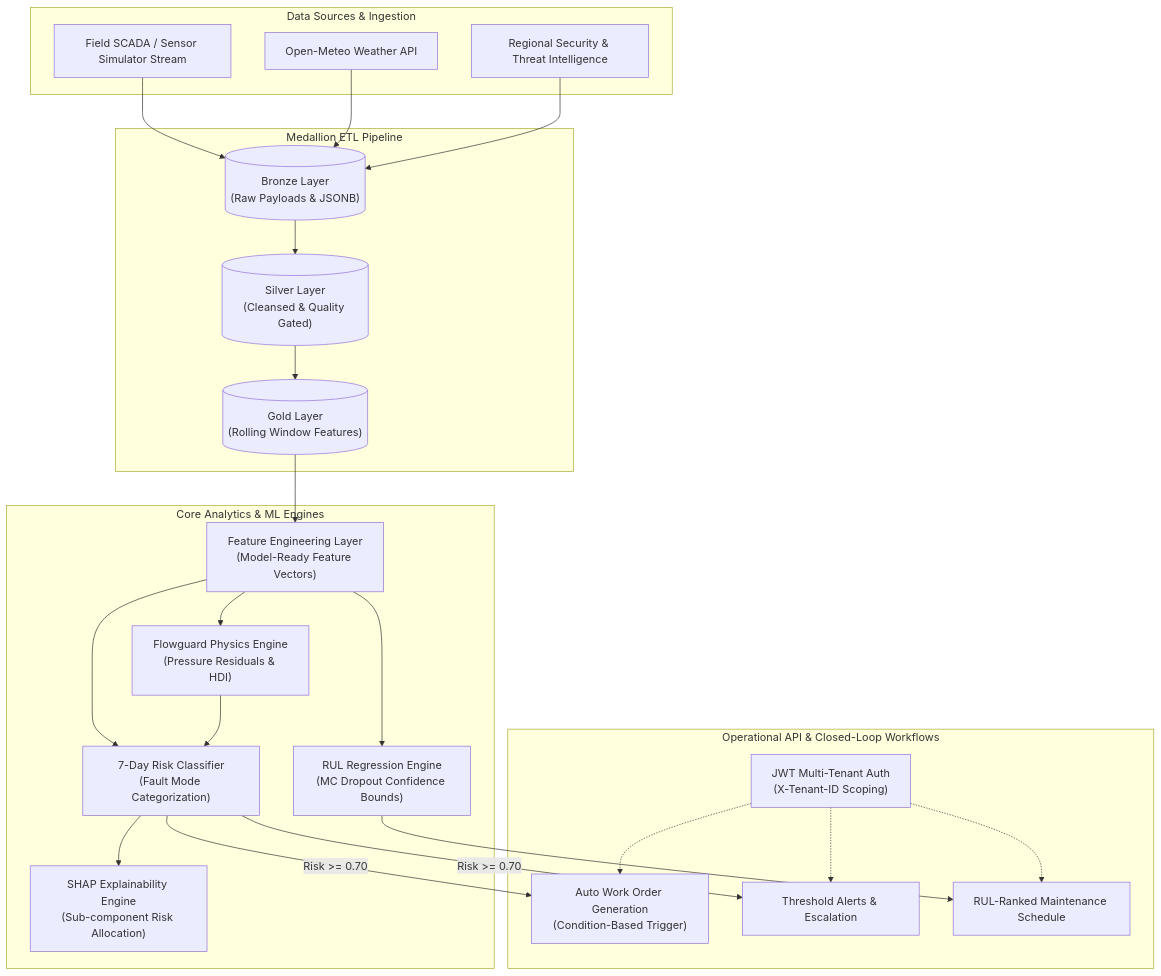
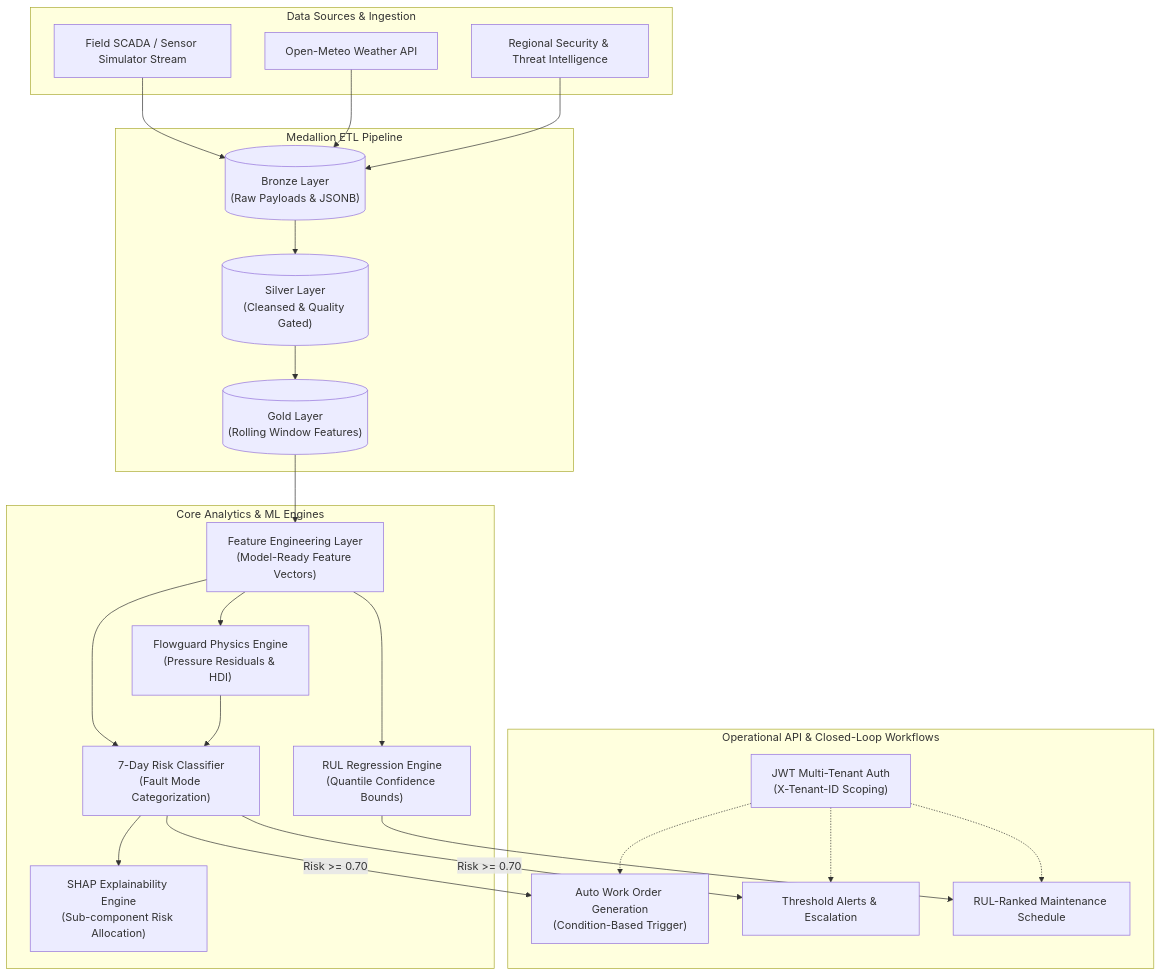
Before and after one commit to Obunde/Flowguard_Backend: the first of 4 diagrams in README.md, drawn with Mermaid. The commit also changed other lines of this file and 20 other files, not shown here.

````diff
--- a/README.md
+++ b/README.md
@@ -68,50 +68,50 @@
 ```mermaid
 flowchart TB
     subgraph Data Sources & Ingestion
         SCADA["Field SCADA / Sensor Simulator Stream"]
         Meteo["Open-Meteo Weather API"]
         Regional["Regional Security & Threat Intelligence"]
     end
 
     subgraph Medallion ETL Pipeline
         Bronze[("Bronze Layer\n(Raw Payloads & JSONB)")]
         Silver[("Silver Layer\n(Cleansed & Quality Gated)")]
         Gold[("Gold Layer\n(Rolling Window Features)")]
     end
 
     subgraph Core Analytics & ML Engines
         FE["Feature Engineering Layer\n(Model-Ready Feature Vectors)"]
         HDI["Flowguard Physics Engine\n(Pressure Residuals & HDI)"]
         ML["7-Day Risk Classifier\n(Fault Mode Categorization)"]
-        RUL["RUL Regression Engine\n(MC Dropout Confidence Bounds)"]
+        RUL["RUL Regression Engine\n(Quantile Confidence Bounds)"]
         SHAP["SHAP Explainability Engine\n(Sub-component Risk Allocation)"]
     end
 
     subgraph Operational API & Closed-Loop Workflows
         Auth["JWT Multi-Tenant Auth\n(X-Tenant-ID Scoping)"]
         WorkOrders["Auto Work Order Generation\n(Condition-Based Trigger)"]
         Alerts["Threshold Alerts & Escalation"]
         Schedule["RUL-Ranked Maintenance Schedule"]
     end
 
     SCADA --> Bronze
     Meteo --> Bronze
     Regional --> Bronze
 
     Bronze --> Silver
     Silver --> Gold
 
     Gold --> FE
     FE --> HDI
     FE --> ML
     HDI --> ML
     FE --> RUL
     ML --> SHAP
 
     ML -->|Risk >= 0.70| WorkOrders
     ML -->|Risk >= 0.70| Alerts
     RUL --> Schedule
     Auth -.-> WorkOrders
     Auth -.-> Alerts
     Auth -.-> Schedule
 ```
````
